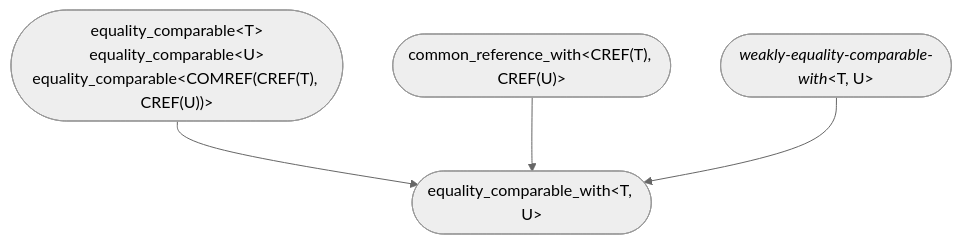
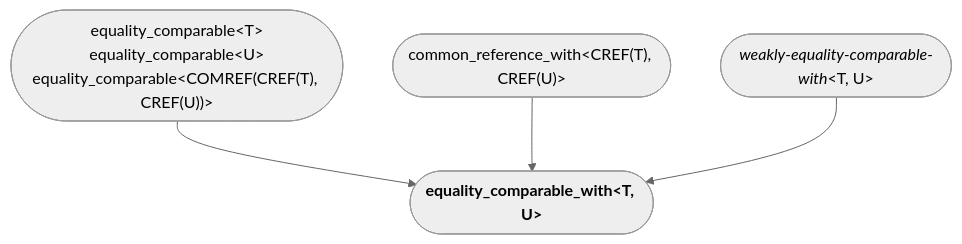
Diagram 15 of 18 in README.md (yohhoy/cpp-concepts), drawn with Mermaid (neutral theme) before and after one commit. The commit also changed other lines of this file, not shown here.

````diff
--- a/README.md
+++ b/README.md
@@ -164,7 +164,7 @@
 ```mermaid
 graph TD
     %% std::equality_comparable_with<T, U>
-    equality_comparable(["equality_comparable&lt;T&gt;<br>equality_comparable&lt;U&gt;<br>equality_comparable&lt;COMREF(CREF(T), CREF(U))&gt;"]) --> equality_comparable_with(["equality_comparable_with&lt;T, U&gt;"]);
+    equality_comparable(["equality_comparable&lt;T&gt;<br>equality_comparable&lt;U&gt;<br>equality_comparable&lt;COMREF(CREF(T), CREF(U))&gt;"]) --> equality_comparable_with(["<b>equality_comparable_with&lt;T, U&gt;</b>"]);
     common_reference_with(["common_reference_with&lt;CREF(T), CREF(U)&gt;"]) --> equality_comparable_with;
     wecw(["<i>weakly-equality-comparable-with</i>&lt;T, U&gt;"]) --> equality_comparable_with;
 ```
````
